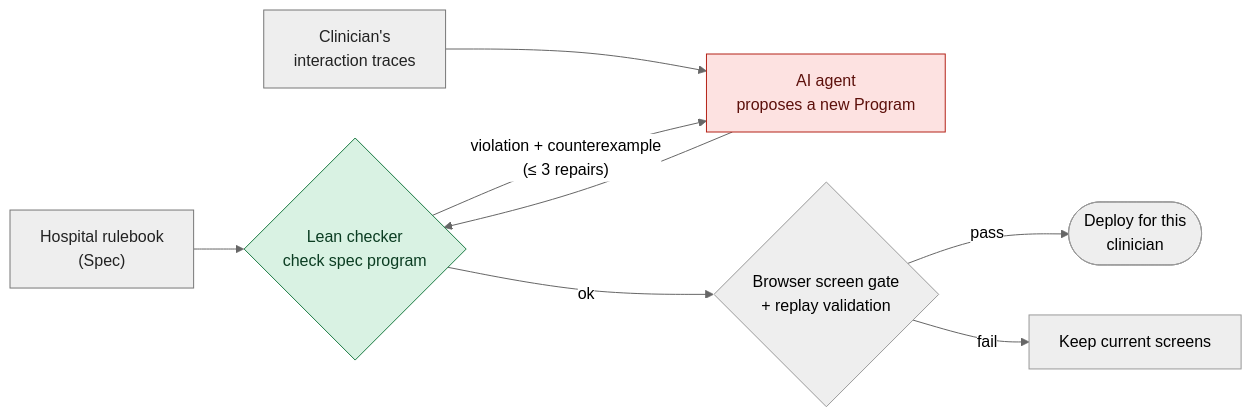
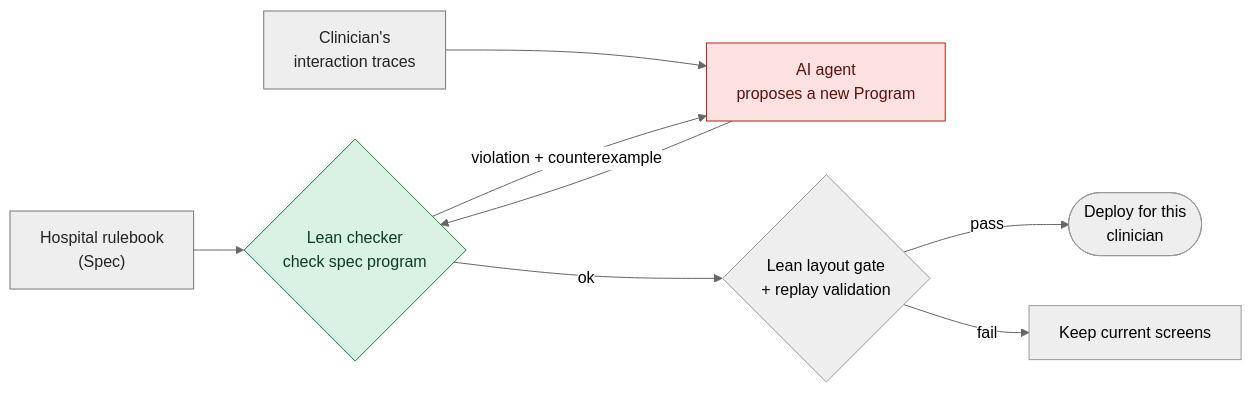
The first of 3 diagrams in docs/architecture.md (saithat/VGI-Health), drawn with Mermaid (neutral theme) before and after one commit. The commit also changed other lines of this file and 458 other files, not shown here.

First line of the commit message:
Retire the mock clinical UI, browser screen gate and legacy night modes

````diff
--- a/docs/architecture.md
+++ b/docs/architecture.md
@@ -21,21 +21,21 @@
 ```mermaid
 flowchart LR
   classDef proved fill:#d9f2e3,stroke:#1b7a43,color:#0b3d22
   classDef untrusted fill:#fde2e1,stroke:#b42318,color:#5c100b
   classDef trusted fill:#eeeeee,stroke:#777,color:#222
 
   RULES["Hospital rulebook<br/>(Spec)"]:::trusted
   TRACES["Clinician's<br/>interaction traces"]:::trusted
   AI["AI agent<br/>proposes a new Program"]:::untrusted
   CHECK{"Lean checker<br/>check spec program"}:::proved
-  GATE{"Browser screen gate<br/>+ replay validation"}
+  GATE{"Lean layout gate<br/>+ replay validation"}
   DEPLOY(["Deploy for this<br/>clinician"])
   KEEP["Keep current screens"]
 
   TRACES --> AI --> CHECK
   RULES --> CHECK
-  CHECK -->|"violation + counterexample<br/>(≤ 3 repairs)"| AI
+  CHECK -->|"violation + counterexample"| AI
   CHECK -->|ok| GATE
   GATE -->|pass| DEPLOY
   GATE -->|fail| KEEP
 ```
````
